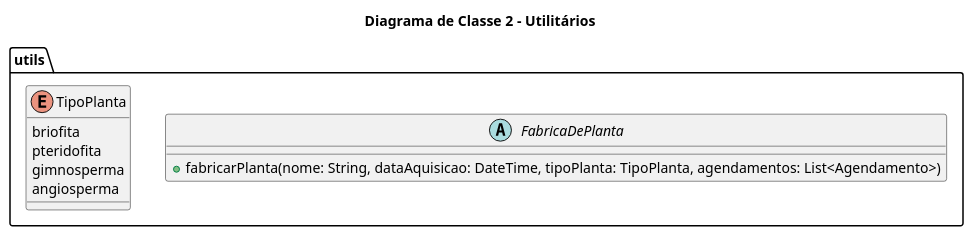
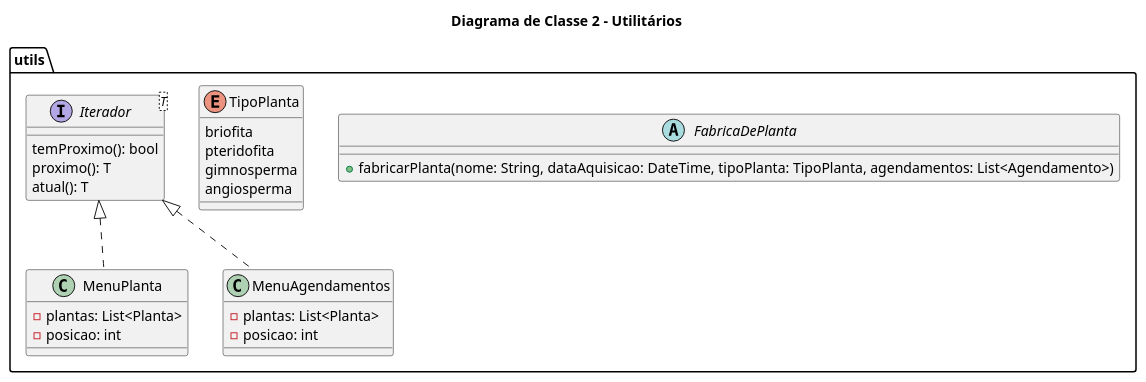
Before and after one commit to tiagors09/CareGardenProject: the diagram in docs/diagramas/src/diagramas_classe/diagrama_classe_2.plantuml, drawn with PlantUML. The commit also changed 2 other files, not shown here.

```diff
--- a/docs/diagramas/src/diagramas_classe/diagrama_classe_2.plantuml
+++ b/docs/diagramas/src/diagramas_classe/diagrama_classe_2.plantuml
@@ -1,16 +1,35 @@
 @startuml Diagrama_Classe_2
 title Diagrama de Classe 2 - Utilitários
 
 package utils {
   abstract class FabricaDePlanta {
     +fabricarPlanta(nome: String, dataAquisicao: DateTime, tipoPlanta: TipoPlanta, agendamentos: List<Agendamento>)
   }
 
   enum TipoPlanta {
     briofita
     pteridofita
     gimnosperma
     angiosperma
   }
+
+  interface Iterador<T> {
+    temProximo(): bool
+    proximo(): T
+    atual(): T
+  }
+
+  class MenuPlanta {
+    -plantas: List<Planta>
+    -posicao: int
+  }
+
+  class MenuAgendamentos {
+    -plantas: List<Planta>
+    -posicao: int
+  }
+
+  Iterador <|.. MenuPlanta
+  Iterador <|.. MenuAgendamentos
 }
 @enduml
```
